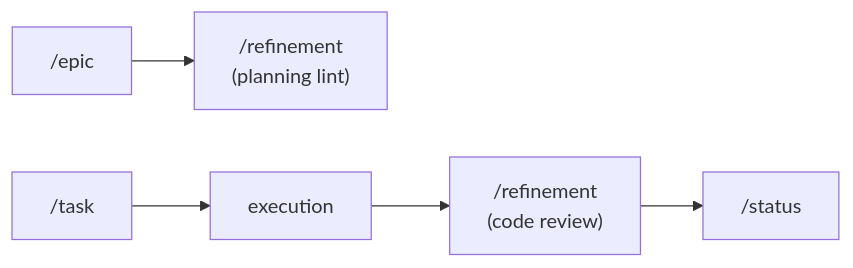
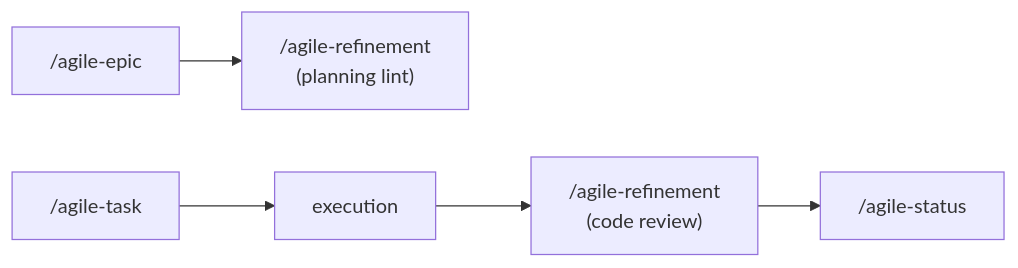
The diagram in skills/agile-refinement/SKILL.md (djalmajr/essential-skills), drawn with Mermaid before and after one commit. The commit also changed other lines of this file and 16 other files, not shown here.

````diff
--- a/skills/agile-refinement/SKILL.md
+++ b/skills/agile-refinement/SKILL.md
@@ -159,7 +159,7 @@
 ```mermaid
 flowchart LR
-    A["/epic"] --> B["/refinement<br>(planning lint)"]
-    C["/task"] --> D[execution]
-    D --> E["/refinement<br>(code review)"]
-    E --> F["/status"]
+    A["/agile-epic"] --> B["/agile-refinement<br>(planning lint)"]
+    C["/agile-task"] --> D[execution]
+    D --> E["/agile-refinement<br>(code review)"]
+    E --> F["/agile-status"]
 ```
````
